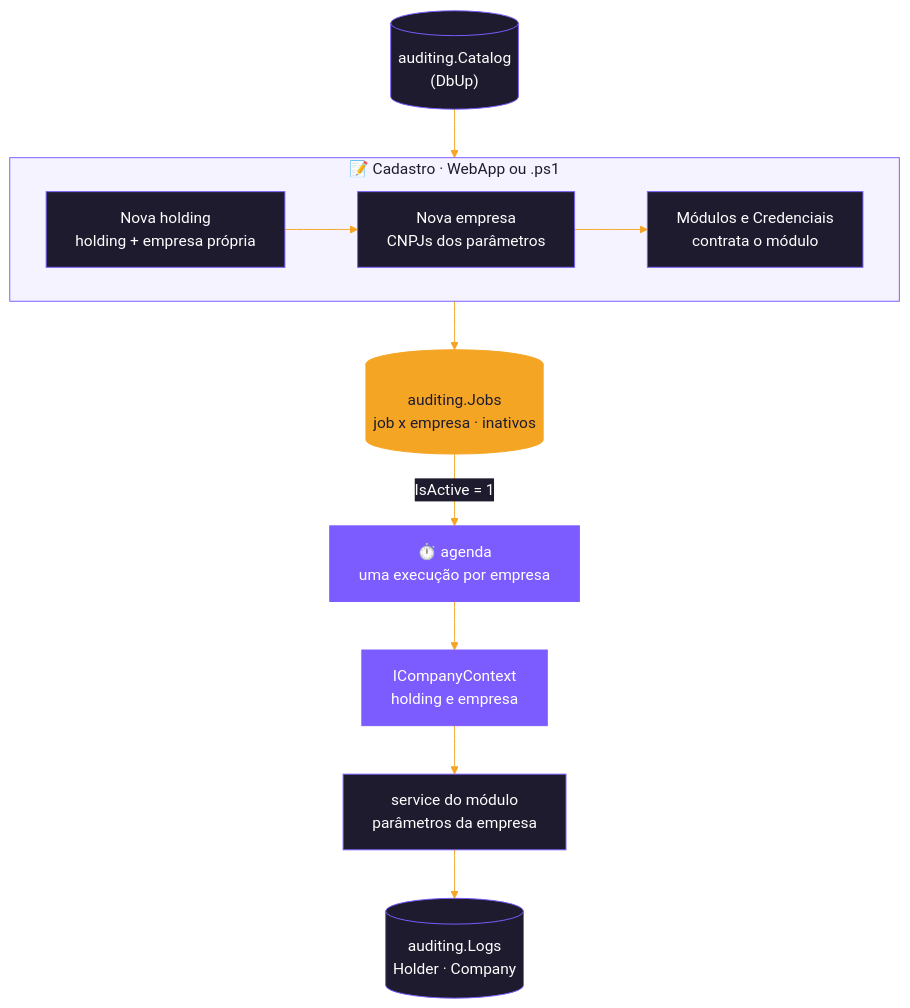
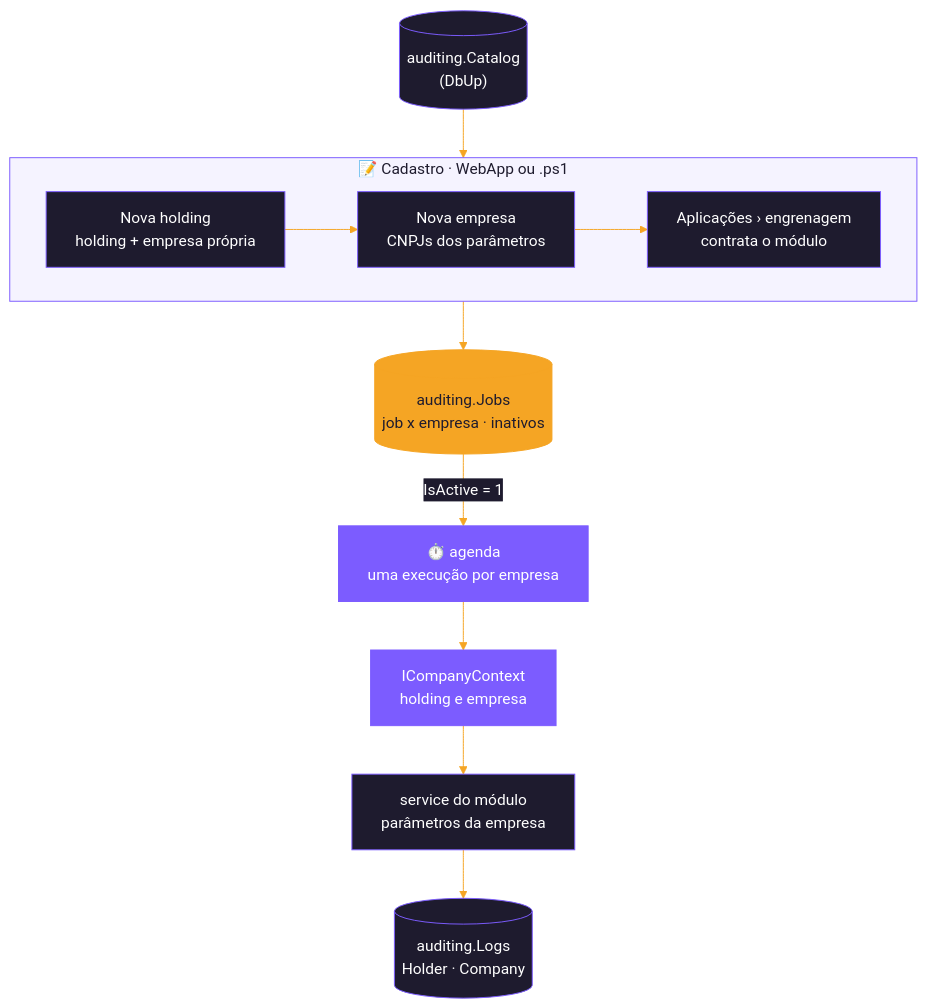
The sixth of 11 diagrams in README.md (cayo-kume/extract-transform-load-integrations-system), drawn with Mermaid before and after one commit. The commit also changed other lines of this file and 35 other files, not shown here.

````diff
--- a/README.md
+++ b/README.md
@@ -327,20 +327,20 @@
 ```mermaid
 %%{init: {'theme':'base','themeVariables':{'primaryColor':'#1e1b2e','primaryTextColor':'#ffffff','primaryBorderColor':'#7c5cff','lineColor':'#f5a524','textColor':'#1e1b2e','clusterBkg':'#f5f3ff','clusterBorder':'#7c5cff','titleColor':'#1e1b2e','edgeLabelBackground':'#1e1b2e'}}}%%
 flowchart TB
     subgraph CAD["📝 Cadastro · WebApp ou .ps1"]
         direction LR
         C1["Nova holding<br/>holding + empresa própria"] --> C2["Nova empresa<br/>CNPJs dos parâmetros"]
-        C2 --> C3["Módulos e Credenciais<br/>contrata o módulo"]
+        C2 --> C3["Aplicações › engrenagem<br/>contrata o módulo"]
     end
     CAT[("auditing.Catalog<br/>(DbUp)")] --> C3
     C3 --> JOBS[("auditing.Jobs<br/>job x empresa · inativos")]
     JOBS -- "IsActive = 1" --> AG["⏱️ agenda<br/>uma execução por empresa"]
     AG --> CTX["ICompanyContext<br/>holding e empresa"]
     CTX --> SVC["service do módulo<br/>parâmetros da empresa"]
     SVC --> LOG[("auditing.Logs<br/>Holder · Company")]
 
     classDef accent fill:#7c5cff,stroke:#7c5cff,color:#ffffff
     classDef warm fill:#f5a524,stroke:#f5a524,color:#1e1b2e
     class AG,CTX accent
     class JOBS warm
 ```
````
